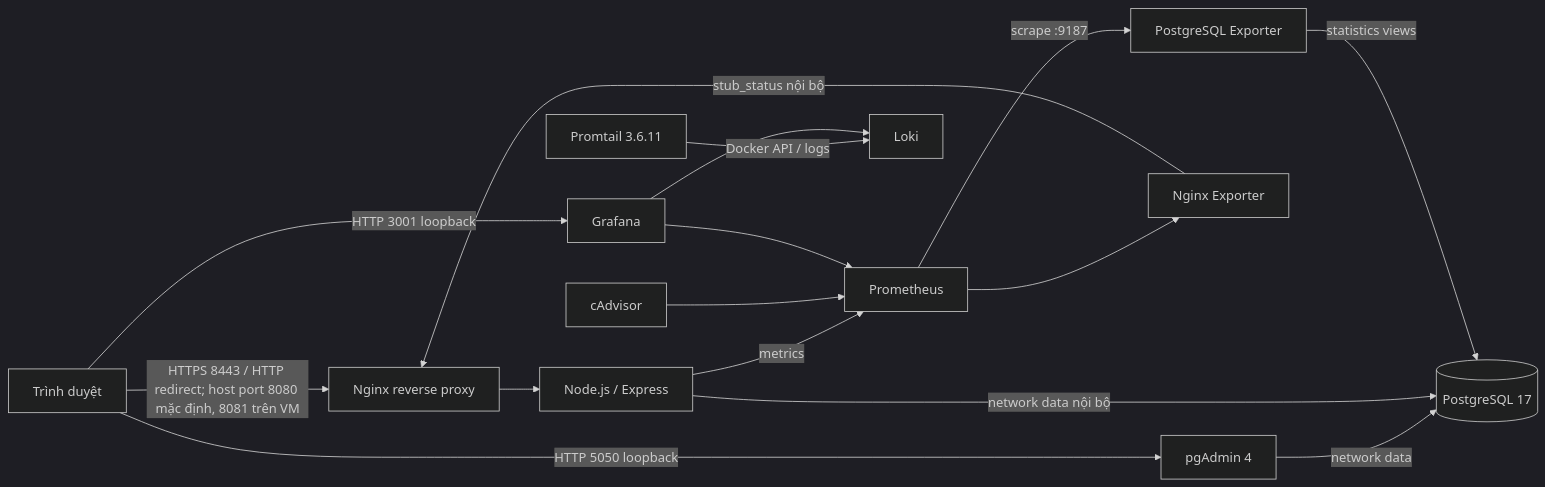
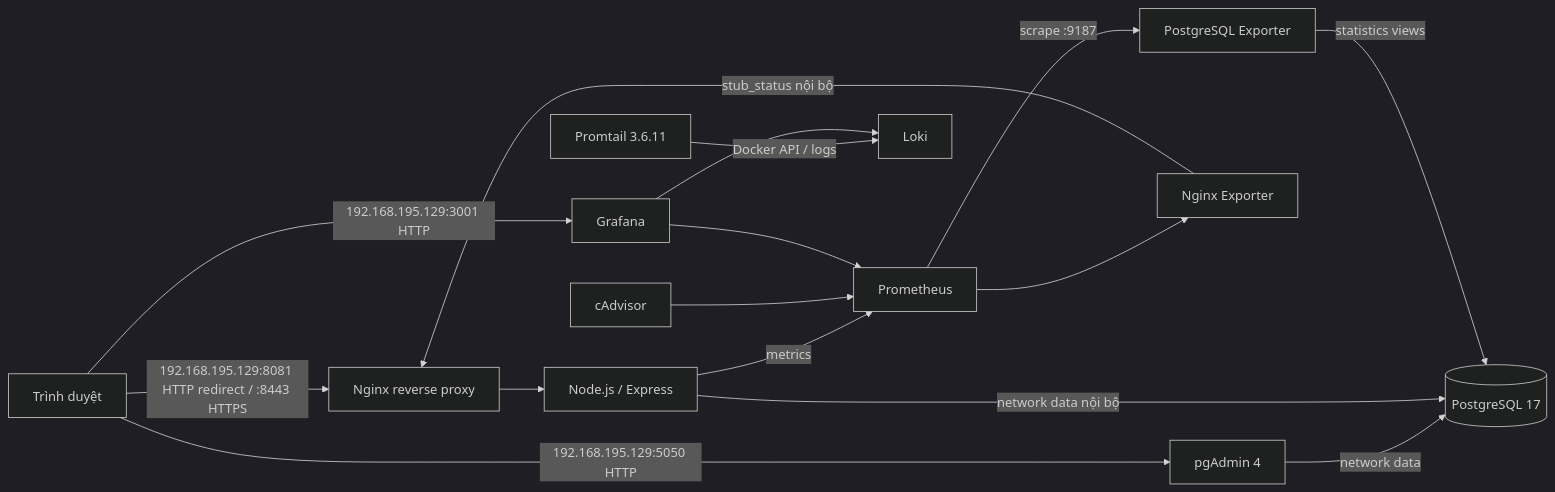
The diagram in docs/bao-cao-trien-khai.md (hungthanh12345/CHI_TIEU_CA_NHAN), drawn with Mermaid (dark theme) before and after one commit. The commit also changed other lines of this file and 5 other files, not shown here.

````diff
--- a/docs/bao-cao-trien-khai.md
+++ b/docs/bao-cao-trien-khai.md
@@ -26,18 +26,18 @@
 ```mermaid
 flowchart LR
-    B[Trình duyệt] -->|HTTPS 8443 / HTTP redirect; host port 8080 mặc định, 8081 trên VM| N[Nginx reverse proxy]
-    B -->|HTTP 5050 loopback| PG[pgAdmin 4]
-    B -->|HTTP 3001 loopback| G[Grafana]
+    B[Trình duyệt] -->|192.168.195.129:8081 HTTP redirect / :8443 HTTPS| N[Nginx reverse proxy]
+    B -->|192.168.195.129:5050 HTTP| PG[pgAdmin 4]
+    B -->|192.168.195.129:3001 HTTP| G[Grafana]
     PG -->|network data| DB[(PostgreSQL 17)]
     N --> A[Node.js / Express]
     A -->|network data nội bộ| DB[(PostgreSQL 17)]
     A -->|metrics| P[Prometheus]
     NE[Nginx Exporter] -->|stub_status nội bộ| N
     P --> NE
     PE[PostgreSQL Exporter] -->|statistics views| DB
     P -->|scrape :9187| PE
     C[cAdvisor] --> P
     PT[Promtail 3.6.11] -->|Docker API / logs| LK[Loki]
     G --> P
     G --> LK
 ```
````
